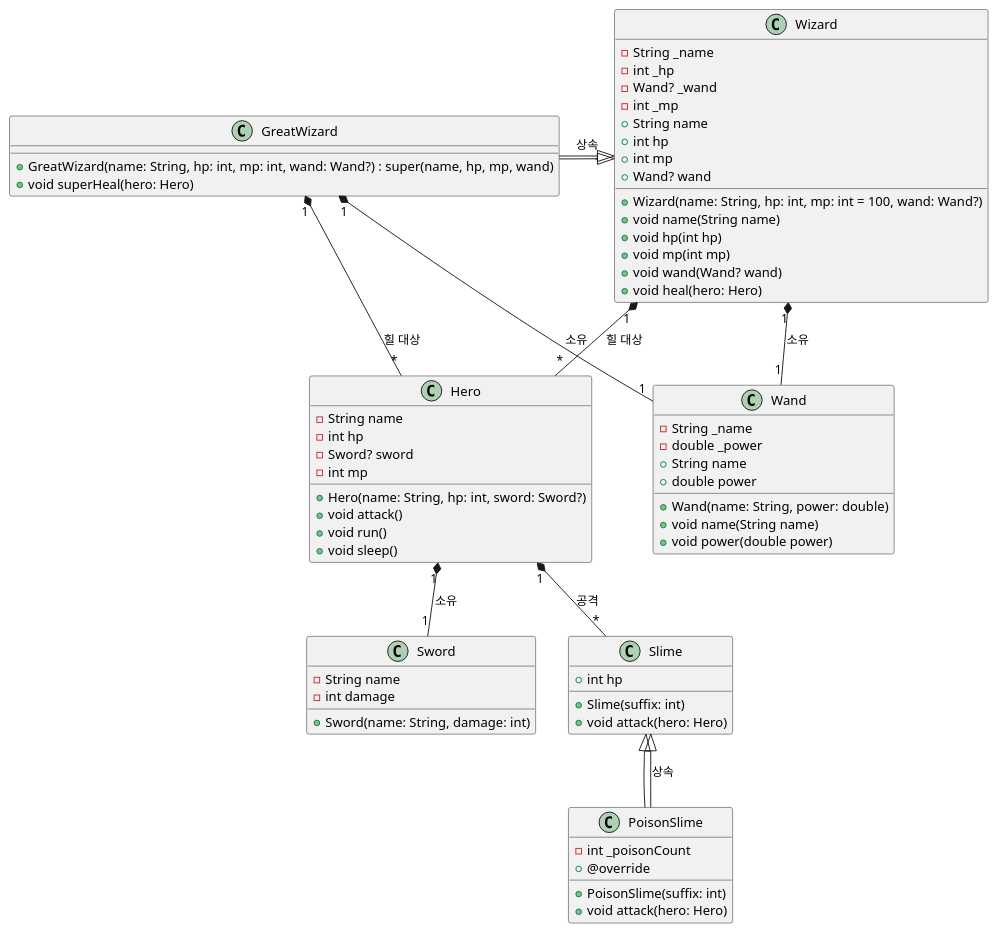
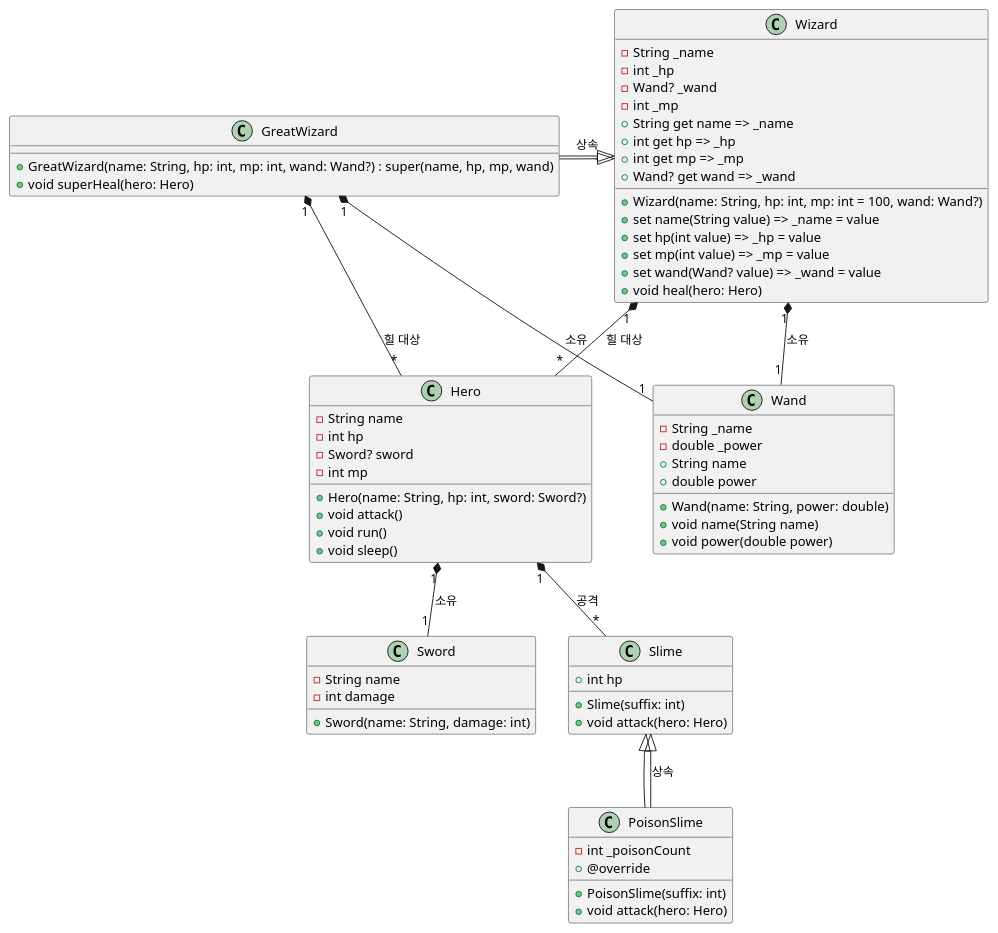
One commit to SurvivalCodingCampus/modu-3-dart-study changed the diagram in assignments/2025-03-18/assignments_uml.wsd. Above: the diagram before and after it, drawn with PlantUML.

```diff
--- a/assignments/2025-03-18/assignments_uml.wsd
+++ b/assignments/2025-03-18/assignments_uml.wsd
@@ -1,81 +1,81 @@
 @startuml
 
 class Hero {
   - String name
   - int hp
   - Sword? sword
   - int mp
   + Hero(name: String, hp: int, sword: Sword?)
   + void attack()
   + void run()
   + void sleep()
 }
 
 class Sword {
   - String name
   - int damage
   + Sword(name: String, damage: int)
 }
 
 class Slime {
   + int hp
   + Slime(suffix: int)
   + void attack(hero: Hero)
 }
 
 
 class PoisonSlime extends Slime {
  - int _poisonCount
   + PoisonSlime(suffix: int)
   + @override
   + void attack(hero: Hero)
 }
 
 
 class Wizard {
   - String _name
   - int _hp
   - Wand? _wand
   - int _mp
   + Wizard(name: String, hp: int, mp: int = 100, wand: Wand?)
-  + String name
-  + int hp
-  + int mp
-  + Wand? wand
-  + void name(String name)
-  + void hp(int hp)
-  + void mp(int mp)
-  + void wand(Wand? wand)
+  + String get name => _name
+  + set name(String value) => _name = value
+  + int get hp => _hp
+  + set hp(int value) => _hp = value
+  + int get mp => _mp
+  + set mp(int value) => _mp = value
+  + Wand? get wand => _wand
+  + set wand(Wand? value) => _wand = value
   + void heal(hero: Hero)
 }
 
 class Wand {
   - String _name
   - double _power
   + Wand(name: String, power: double)
   + String name
   + double power
   + void name(String name)
   + void power(double power)
 }
 
 
 
 class GreatWizard extends Wizard {
  + GreatWizard(name: String, hp: int, mp: int, wand: Wand?) : super(name, hp, mp, wand)
  + void superHeal(hero: Hero)
 }
 
 ' 관계 정의
 
 Hero "1" *-- "1" Sword : 소유
 Hero "1" *-- "*" Slime : 공격
 Slime <|-- PoisonSlime : 상속
 GreatWizard -|> Wizard : 상속
 Wizard "1" *-- "1" Wand : 소유
 Wizard "1" *-- "*" Hero : 힐 대상
 GreatWizard "1" *-- "1" Wand : 소유
 GreatWizard "1" *-- "*" Hero : 힐 대상
 
 
 @enduml
```
